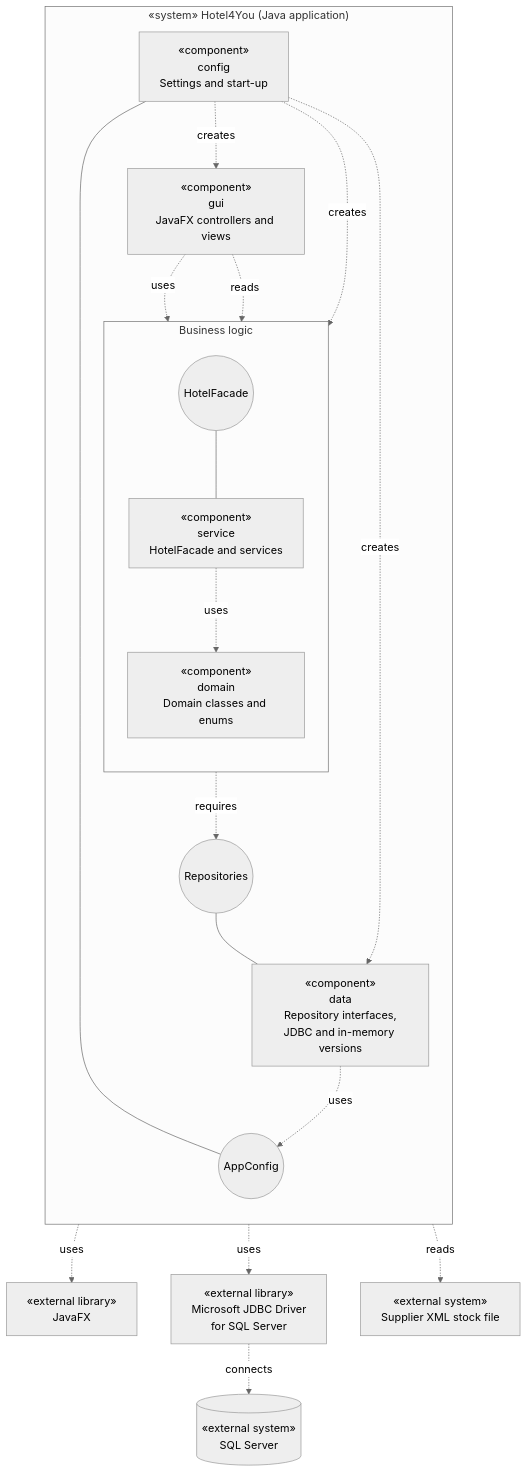
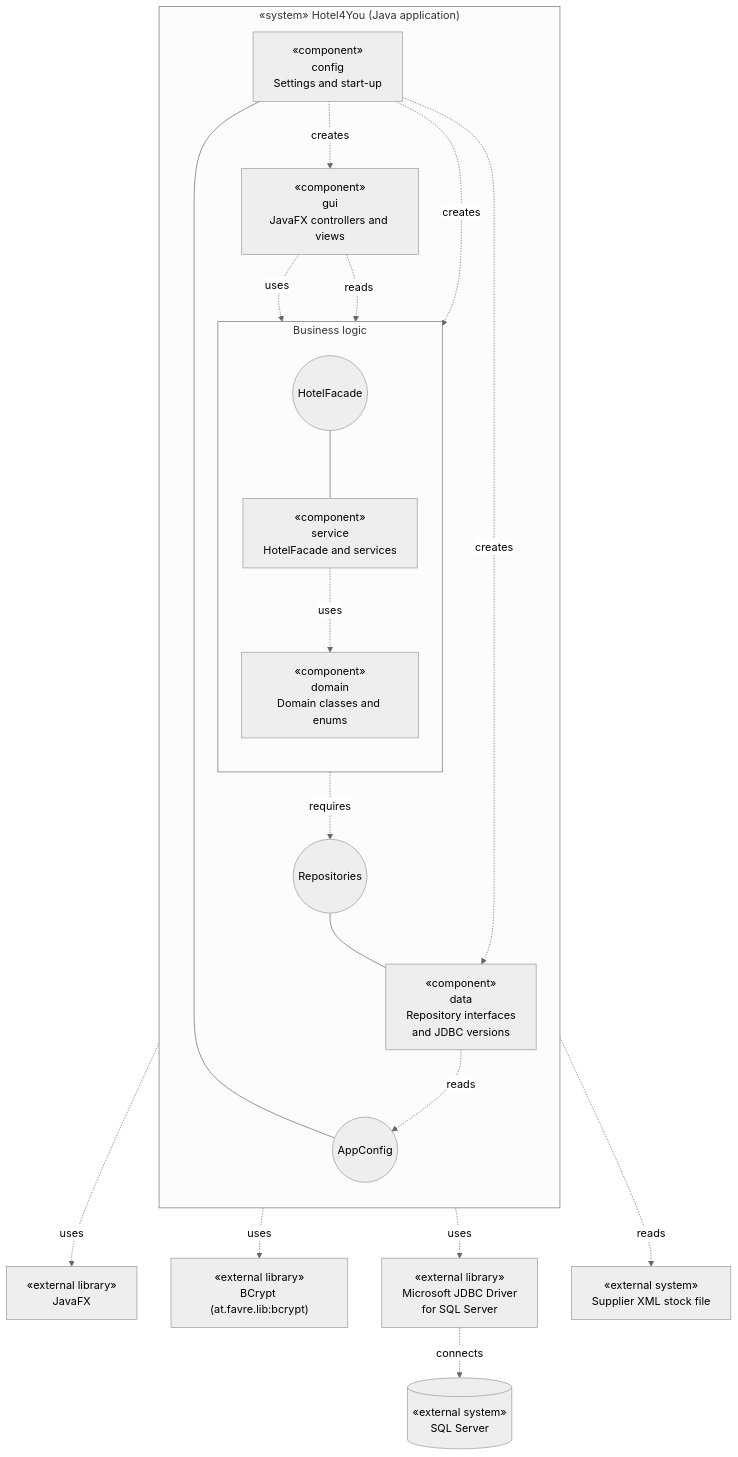
The diagram in docs/uml/component-diagram.md (BorjaTiago/hotel4you), drawn with Mermaid before and after one commit. The commit also changed other lines of this file and 85 other files, not shown here.

````diff
--- a/docs/uml/component-diagram.md
+++ b/docs/uml/component-diagram.md
@@ -19,41 +19,43 @@
 ```mermaid
 %%{init: {"theme":"neutral","fontFamily":"Arial"}}%%
 flowchart TB
     %% Requirements: RF-28; RNF-02, RNF-05, RNF-06, RNF-07, RNF-08, RNF-10, RNF-11, RNF-12.
     subgraph APP["«system» Hotel4You (Java application)"]
         direction TB
         GUI["«component»<br/>gui<br/>JavaFX controllers and views"]
         subgraph BL["Business logic"]
             direction TB
             FAC(("HotelFacade"))
             SVC["«component»<br/>service<br/>HotelFacade and services"]
             DOM["«component»<br/>domain<br/>Domain classes and enums"]
         end
         REPO(("Repositories"))
-        DATA["«component»<br/>data<br/>Repository interfaces,<br/>JDBC and in-memory versions"]
+        DATA["«component»<br/>data<br/>Repository interfaces<br/>and JDBC versions"]
         CFG["«component»<br/>config<br/>Settings and start-up"]
         SET(("AppConfig"))
     end
 
     JFX["«external library»<br/>JavaFX"]
+    BCRYPT["«external library»<br/>BCrypt (at.favre.lib:bcrypt)"]
     JDBC["«external library»<br/>Microsoft JDBC Driver<br/>for SQL Server"]
     DB[("«external system»<br/>SQL Server")]
     XML["«external system»<br/>Supplier XML stock file"]
 
     GUI -.->|uses| FAC
     GUI -.->|reads| DOM
     GUI -.->|uses| JFX
     FAC --- SVC
     SVC -.->|requires| REPO
     CFG --- SET
     SVC -.->|uses| DOM
     SVC -.->|reads| XML
+    SVC -.->|uses| BCRYPT
     REPO --- DATA
     DOM ~~~ DATA
-    DATA -.->|uses| SET
+    DATA -.->|reads| SET
     DATA -.->|uses| JDBC
     JDBC -.->|connects| DB
     CFG -.->|creates| GUI
     CFG -.->|creates| SVC
     CFG -.->|creates| DATA
 ```
````
